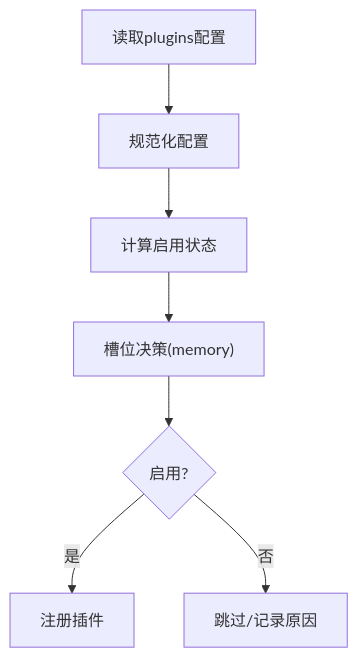
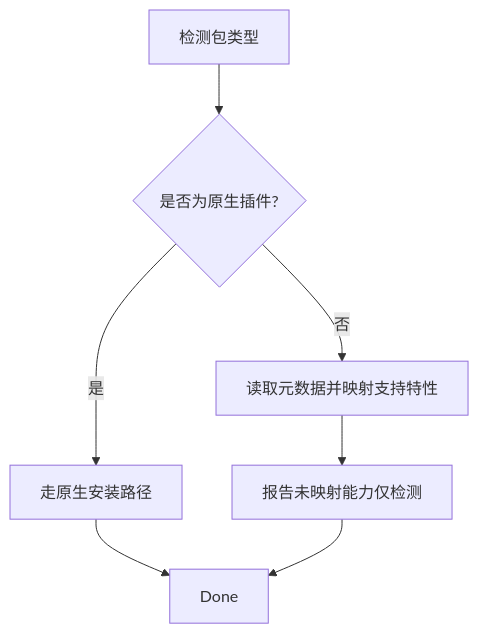
The sixth of 7 diagrams in repowiki/zh/content/插件系统/插件系统.md (botx-work/OpenClaw-Internals), drawn with Mermaid before and after one commit. The commit also changed other lines of this file and 542 other files, not shown here.

````diff
--- a/repowiki/zh/content/插件系统/插件系统.md
+++ b/repowiki/zh/content/插件系统/插件系统.md
@@ -228,9 +226,9 @@
 ```mermaid
 flowchart TD
-Cfg["读取plugins配置"] --> Normalize["规范化配置"]
-Normalize --> Enable["计算启用状态"]
-Enable --> Slot["槽位决策(memory)"]
-Slot --> Result{"启用?"}
-Result --> |是| Register["注册插件"]
-Result --> |否| Skip["跳过/记录原因"]
+Detect["检测包类型"] --> IsNative{"是否为原生插件?"}
+IsNative --> |是| LoadNative["走原生安装路径"]
+IsNative --> |否| LoadBundle["读取元数据并映射支持特性"]
+LoadBundle --> Report["报告未映射能力仅检测"]
+LoadNative --> Done
+Report --> Done
 ```
````
